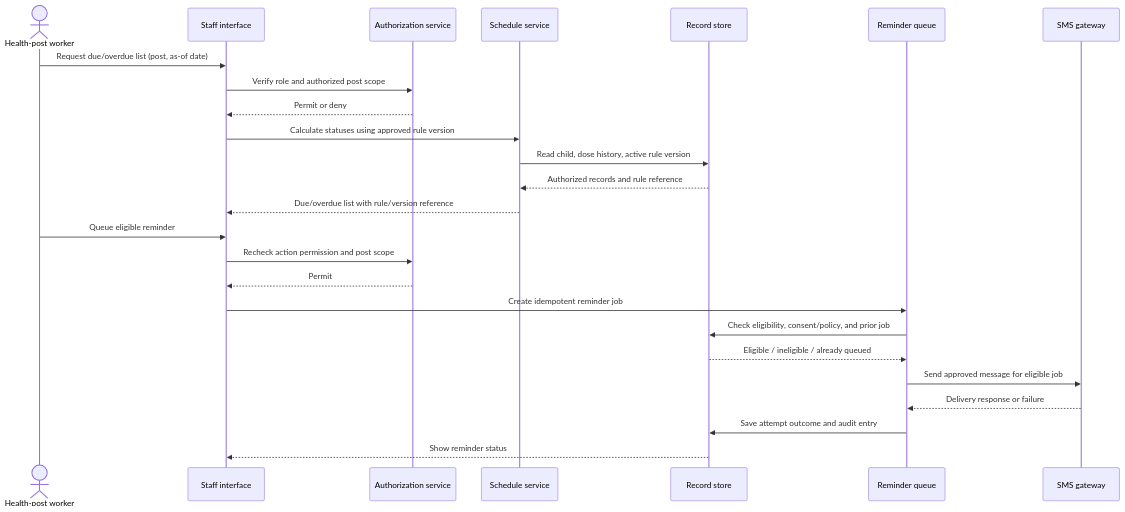
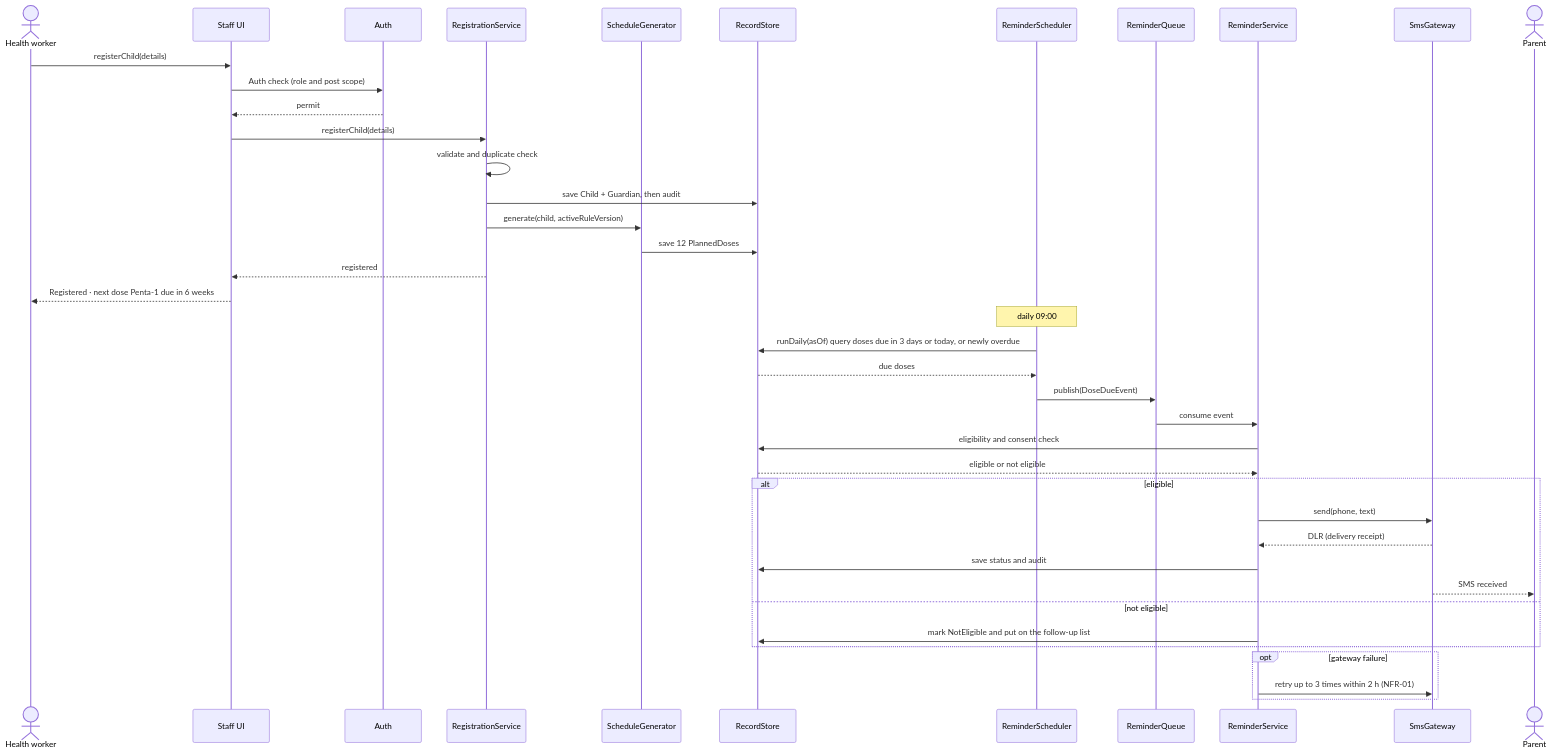
One commit to UtkarshSatav/Sem5-Sprint1 changed the third of 7 diagrams in 03_ImmuniRemind_Case-144/02_Design_and_Test_Specification.md. Above: the diagram before and after it, drawn with Mermaid. The commit also changed other lines of this file, not shown here.

Commit message:
ImmuniRemind UML: register+remind sequence, use-case boundary, interfaces, schedule states, loose coupling

````diff
--- a/03_ImmuniRemind_Case-144/02_Design_and_Test_Specification.md
+++ b/03_ImmuniRemind_Case-144/02_Design_and_Test_Specification.md
@@ -102,27 +195,44 @@
 ```mermaid
 sequenceDiagram
-  actor Worker as Health-post worker
-  participant UI as Staff interface
-  participant Auth as Authorization service
-  participant Schedule as Schedule service
-  participant Store as Record store
-  participant Queue as Reminder queue
-  participant SMS as SMS gateway
-  Worker->>UI: Request due/overdue list (post, as-of date)
-  UI->>Auth: Verify role and authorized post scope
-  Auth-->>UI: Permit or deny
-  UI->>Schedule: Calculate statuses using approved rule version
-  Schedule->>Store: Read child, dose history, active rule version
-  Store-->>Schedule: Authorized records and rule reference
-  Schedule-->>UI: Due/overdue list with rule/version reference
-  Worker->>UI: Queue eligible reminder
-  UI->>Auth: Recheck action permission and post scope
-  Auth-->>UI: Permit
-  UI->>Queue: Create idempotent reminder job
-  Queue->>Store: Check eligibility, consent/policy, and prior job
-  Store-->>Queue: Eligible / ineligible / already queued
-  Queue->>SMS: Send approved message for eligible job
-  SMS-->>Queue: Delivery response or failure
-  Queue->>Store: Save attempt outcome and audit entry
-  Store-->>UI: Show reminder status
+  actor Worker as Health worker
+  participant StaffUI as Staff UI
+  participant Auth
+  participant RegistrationService
+  participant ScheduleGenerator
+  participant RecordStore
+  participant ReminderScheduler
+  participant ReminderQueue
+  participant ReminderService
+  participant SmsGateway
+  actor Parent
+
+  Worker->>StaffUI: registerChild(details)
+  StaffUI->>Auth: Auth check (role and post scope)
+  Auth-->>StaffUI: permit
+  StaffUI->>RegistrationService: registerChild(details)
+  RegistrationService->>RegistrationService: validate and duplicate check
+  RegistrationService->>RecordStore: save Child + Guardian, then audit
+  RegistrationService->>ScheduleGenerator: generate(child, activeRuleVersion)
+  ScheduleGenerator->>RecordStore: save 12 PlannedDoses
+  RegistrationService-->>StaffUI: registered
+  StaffUI-->>Worker: Registered · next dose Penta-1 due in 6 weeks
+
+  Note over ReminderScheduler: daily 09:00
+  ReminderScheduler->>RecordStore: runDaily(asOf) query doses due in 3 days or today, or newly overdue
+  RecordStore-->>ReminderScheduler: due doses
+  ReminderScheduler->>ReminderQueue: publish(DoseDueEvent)
+  ReminderQueue->>ReminderService: consume event
+  ReminderService->>RecordStore: eligibility and consent check
+  RecordStore-->>ReminderService: eligible or not eligible
+  alt eligible
+    ReminderService->>SmsGateway: send(phone, text)
+    SmsGateway-->>ReminderService: DLR (delivery receipt)
+    ReminderService->>RecordStore: save status and audit
+    SmsGateway-->>Parent: SMS received
+  else not eligible
+    ReminderService->>RecordStore: mark NotEligible and put on the follow-up list
+  end
+  opt gateway failure
+    ReminderService->>SmsGateway: retry up to 3 times within 2 h (NFR-01)
+  end
 ```
````
